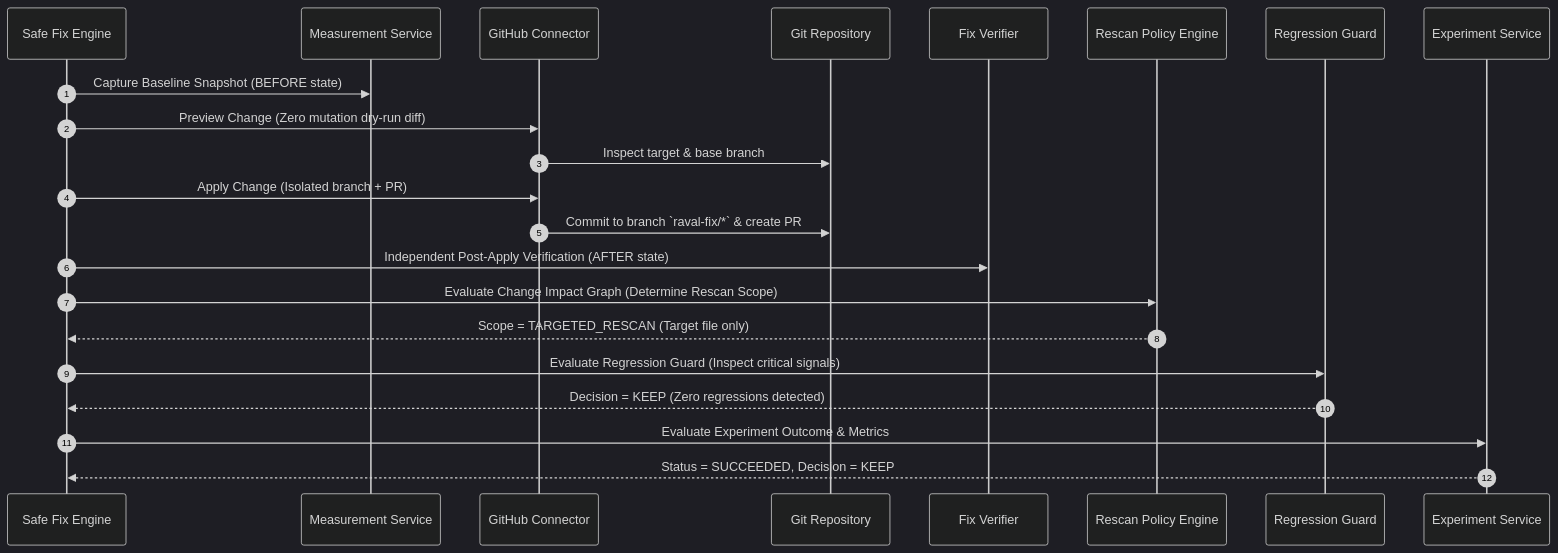
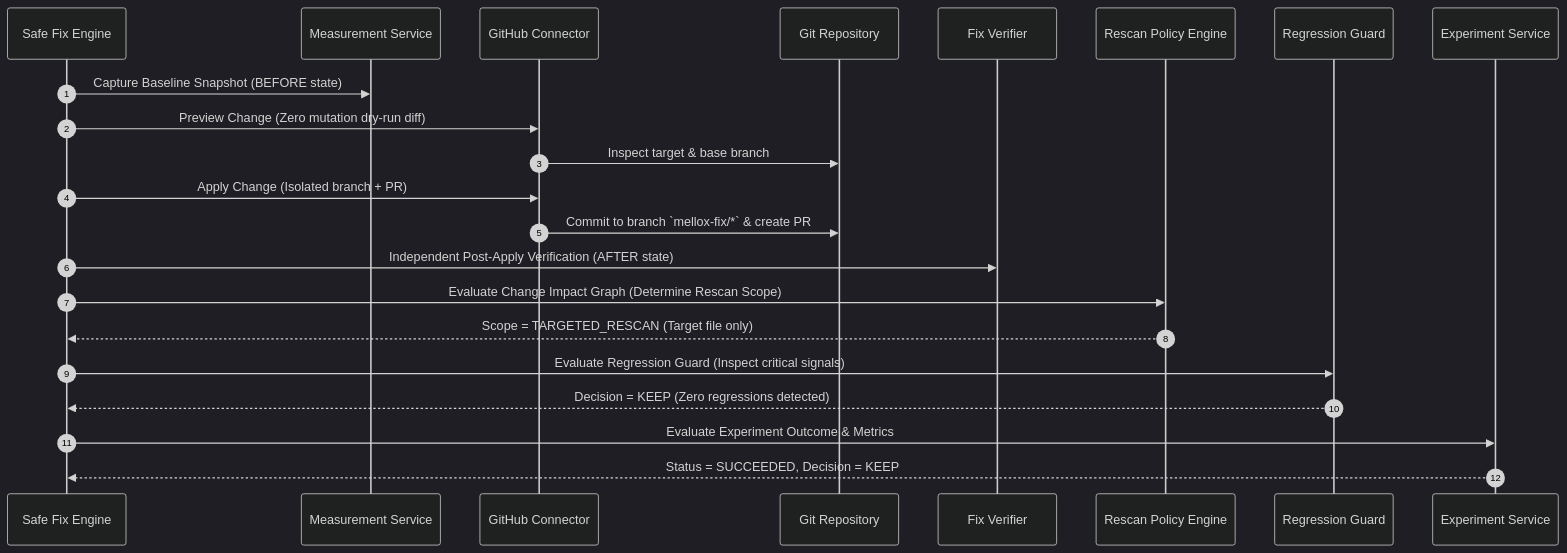
Before and after one commit to Raval-Ai-Org/raval: the first of 2 diagrams in docs/TASK_12_FINAL_VALIDATION.md, drawn with Mermaid (dark theme). The commit also changed other lines of this file and 531 other files, not shown here.

````diff
--- a/docs/TASK_12_FINAL_VALIDATION.md
+++ b/docs/TASK_12_FINAL_VALIDATION.md
@@ -35,25 +35,25 @@
 ```mermaid
 sequenceDiagram
     autonumber
     participant Engine as Safe Fix Engine
     participant Baseline as Measurement Service
     participant Connector as GitHub Connector
     participant Git as Git Repository
     participant Verifier as Fix Verifier
     participant Policy as Rescan Policy Engine
     participant Guard as Regression Guard
     participant Exp as Experiment Service
 
     Engine->>Baseline: Capture Baseline Snapshot (BEFORE state)
     Engine->>Connector: Preview Change (Zero mutation dry-run diff)
     Connector->>Git: Inspect target & base branch
     Engine->>Connector: Apply Change (Isolated branch + PR)
-    Connector->>Git: Commit to branch `raval-fix/*` & create PR
+    Connector->>Git: Commit to branch `mellox-fix/*` & create PR
     Engine->>Verifier: Independent Post-Apply Verification (AFTER state)
     Engine->>Policy: Evaluate Change Impact Graph (Determine Rescan Scope)
     Policy-->>Engine: Scope = TARGETED_RESCAN (Target file only)
     Engine->>Guard: Evaluate Regression Guard (Inspect critical signals)
     Guard-->>Engine: Decision = KEEP (Zero regressions detected)
     Engine->>Exp: Evaluate Experiment Outcome & Metrics
     Exp-->>Engine: Status = SUCCEEDED, Decision = KEEP
 ```
````
